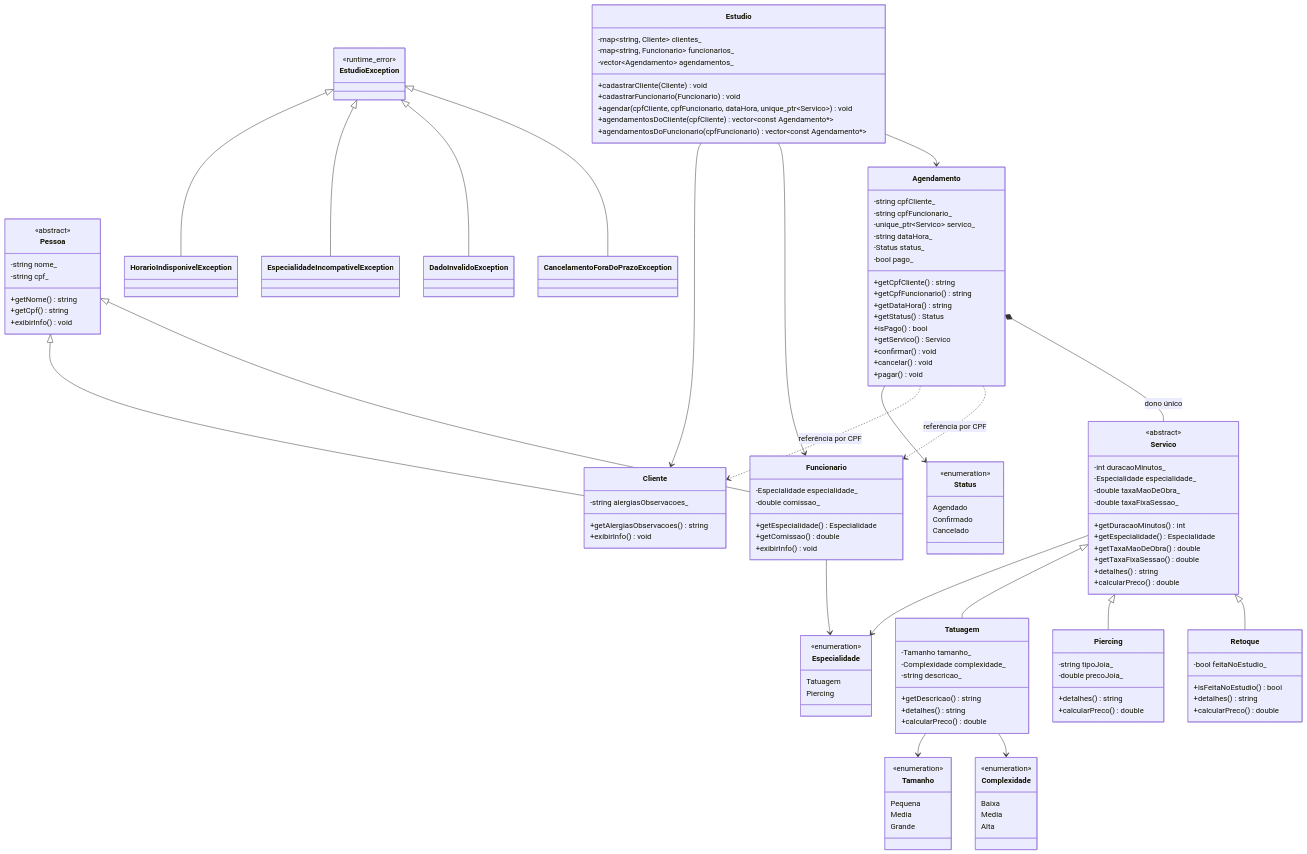
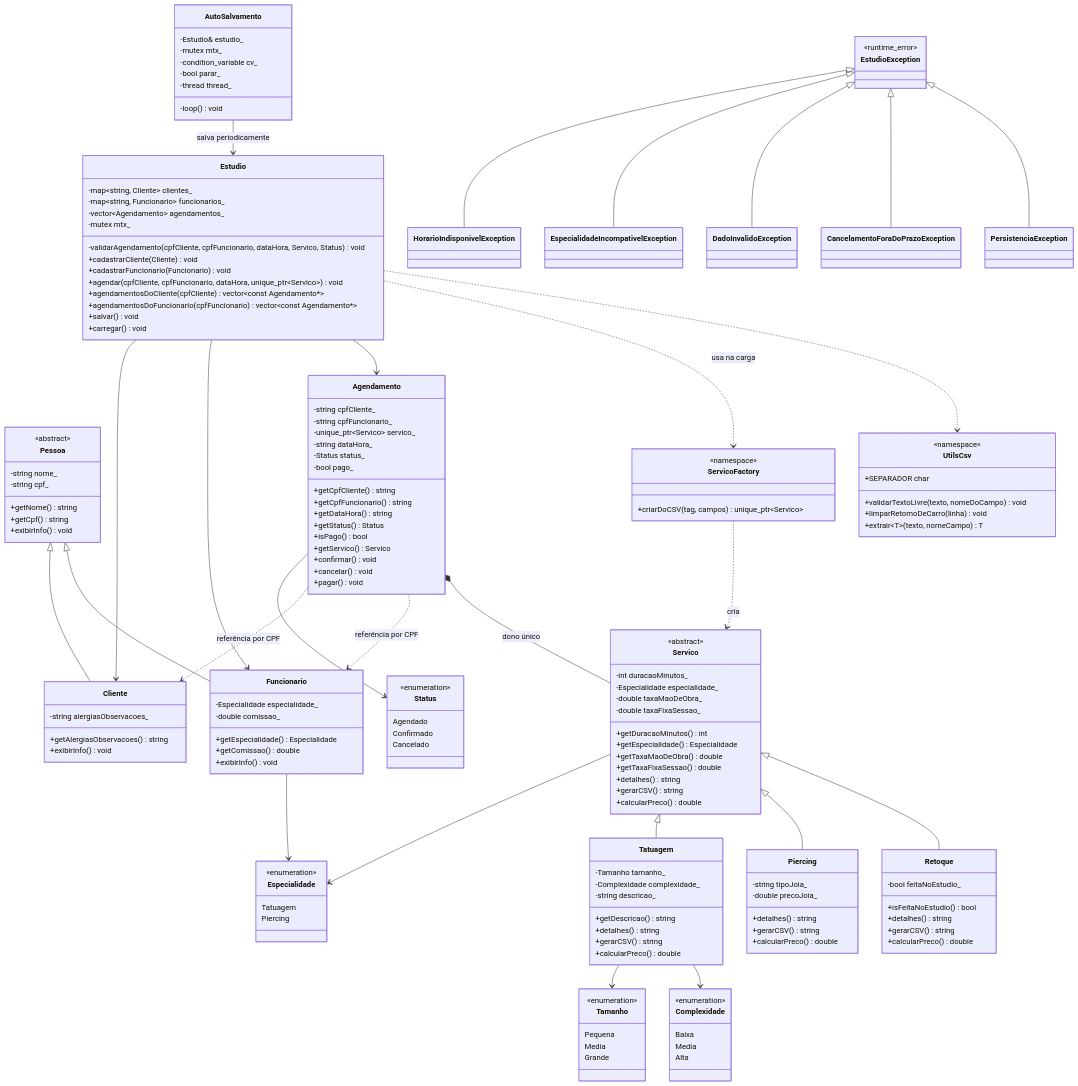
The diagram in README.md (lfvperes/estudio-tatuagem), drawn with Mermaid before and after one commit. The commit also changed other lines of this file, not shown here.

First line of the commit message:
docs: atualiza README com persistencia, auto-save e template

````diff
--- a/README.md
+++ b/README.md
@@ -93,6 +109,7 @@
         +getTaxaMaoDeObra() double
         +getTaxaFixaSessao() double
         +detalhes() string
+        +gerarCSV() string
         +calcularPreco() double
     }
 
@@ -102,6 +119,7 @@
         -string descricao_
         +getDescricao() string
         +detalhes() string
+        +gerarCSV() string
         +calcularPreco() double
     }
 
@@ -126,6 +144,7 @@
         -string tipoJoia_
         -double precoJoia_
         +detalhes() string
+        +gerarCSV() string
         +calcularPreco() double
     }
 
@@ -133,6 +152,7 @@
         -bool feitaNoEstudio_
         +isFeitaNoEstudio() bool
         +detalhes() string
+        +gerarCSV() string
         +calcularPreco() double
     }
 
@@ -171,11 +191,37 @@
         -map~string, Cliente~ clientes_
         -map~string, Funcionario~ funcionarios_
         -vector~Agendamento~ agendamentos_
+        -mutex mtx_
+        -validarAgendamento(cpfCliente, cpfFuncionario, dataHora, Servico, Status) void
         +cadastrarCliente(Cliente) void
         +cadastrarFuncionario(Funcionario) void
         +agendar(cpfCliente, cpfFuncionario, dataHora, unique_ptr~Servico~) void
         +agendamentosDoCliente(cpfCliente) vector~const Agendamento*~
         +agendamentosDoFuncionario(cpfFuncionario) vector~const Agendamento*~
+        +salvar() void
+        +carregar() void
+    }
+
+    class AutoSalvamento {
+        -Estudio& estudio_
+        -mutex mtx_
+        -condition_variable cv_
+        -bool parar_
+        -thread thread_
+        -loop() void
+    }
+
+    class ServicoFactory {
+        <<namespace>>
+        +criarDoCSV(tag, campos) unique_ptr~Servico~
+    }
+
+    class UtilsCsv {
+        <<namespace>>
+        +SEPARADOR char
+        +validarTextoLivre(texto, nomeDoCampo) void
+        +limparRetornoDeCarro(linha) void
+        +extrair~T~(texto, nomeCampo) T
     }
 
     Agendamento ..> Cliente : referência por CPF
@@ -184,6 +230,10 @@
     Estudio --> Cliente
     Estudio --> Funcionario
     Estudio --> Agendamento
+    AutoSalvamento --> Estudio : salva periodicamente
+    Estudio ..> ServicoFactory : usa na carga
+    ServicoFactory ..> Servico : cria
+    Estudio ..> UtilsCsv
 
     class EstudioException {
         <<runtime_error>>
@@ -193,9 +243,11 @@
     class EspecialidadeIncompativelException
     class DadoInvalidoException
     class CancelamentoForaDoPrazoException
+    class PersistenciaException
 
     EstudioException <|-- HorarioIndisponivelException
     EstudioException <|-- EspecialidadeIncompativelException
     EstudioException <|-- DadoInvalidoException
     EstudioException <|-- CancelamentoForaDoPrazoException
+    EstudioException <|-- PersistenciaException
 ```
````
